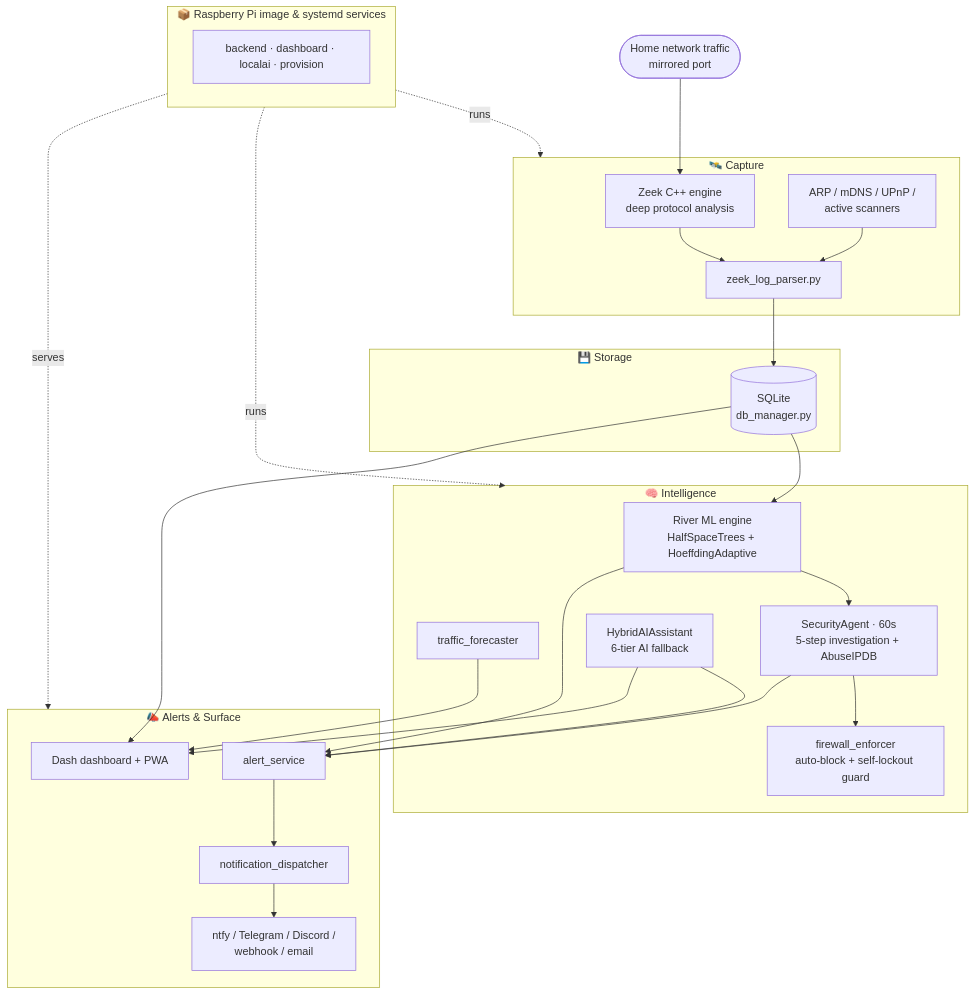
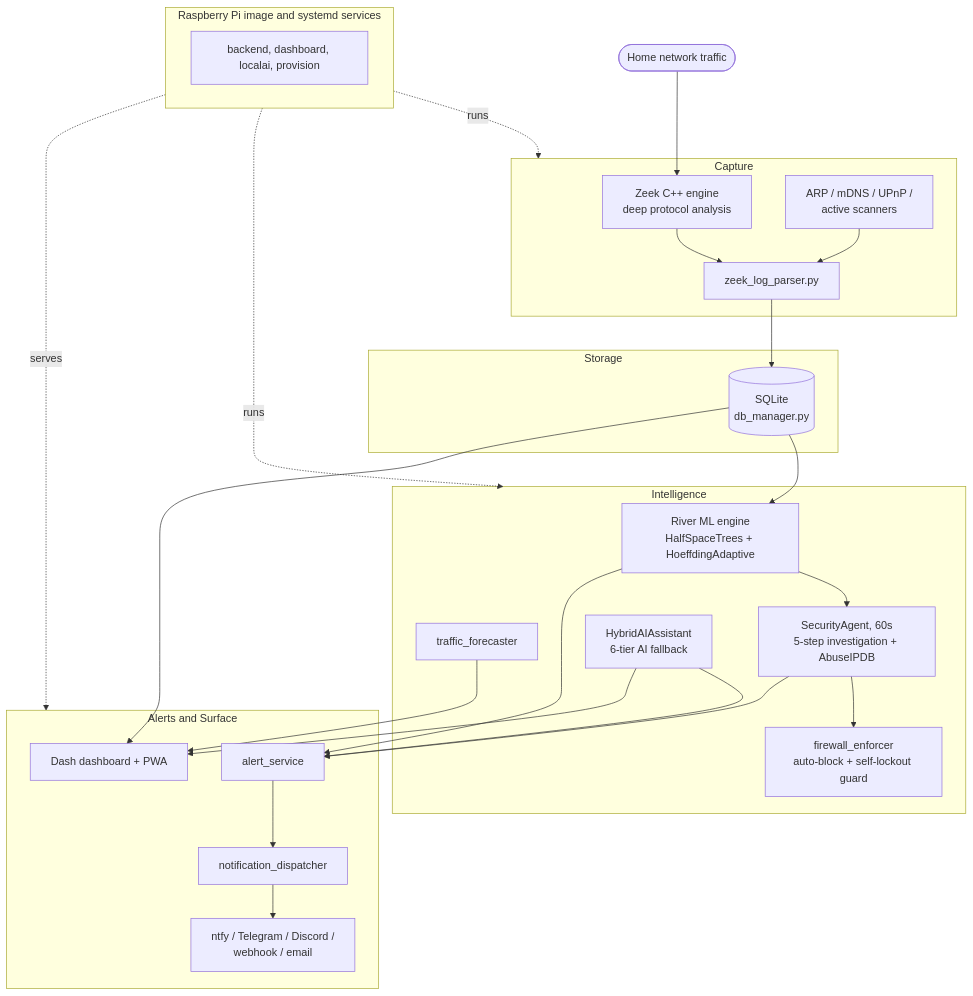
One commit to ritiksah141/iotsentinel changed the second of 3 diagrams in README.md. Above: the diagram before and after it, drawn with Mermaid. The commit also changed other lines of this file and 44 other files, not shown here.

````diff
--- a/README.md
+++ b/README.md
@@ -152,44 +196,44 @@
 ```mermaid
 flowchart TD
-  NET([Home network traffic<br/>mirrored port]) --> Z
+  NET([Home network traffic]) --> Z
 
-  subgraph CAP["🛰️ Capture"]
+  subgraph CAP["Capture"]
     Z["Zeek C++ engine<br/>deep protocol analysis"] --> P["zeek_log_parser.py"]
     DISC["ARP / mDNS / UPnP /<br/>active scanners"] --> P
   end
 
-  subgraph STORE["💾 Storage"]
+  subgraph STORE["Storage"]
     DB[("SQLite<br/>db_manager.py")]
   end
 
-  subgraph INTEL["🧠 Intelligence"]
+  subgraph INTEL["Intelligence"]
     ML["River ML engine<br/>HalfSpaceTrees + HoeffdingAdaptive"]
     FC["traffic_forecaster"]
-    AG["SecurityAgent · 60s<br/>5-step investigation + AbuseIPDB"]
+    AG["SecurityAgent, 60s<br/>5-step investigation + AbuseIPDB"]
     AI["HybridAIAssistant<br/>6-tier AI fallback"]
     FW["firewall_enforcer<br/>auto-block + self-lockout guard"]
   end
 
-  subgraph SURFACE["📣 Alerts & Surface"]
+  subgraph SURFACE["Alerts and Surface"]
     AS["alert_service"] --> ND["notification_dispatcher"]
     ND --> PUSH["ntfy / Telegram / Discord /<br/>webhook / email"]
     DASH["Dash dashboard + PWA"]
   end
 
   P --> DB
   DB --> ML --> AG
   AG --> FW
   AG --> AS
   ML --> AS
   AI --> AS
   AI --> DASH
   DB --> DASH
   FC --> DASH
 
-  subgraph PLAT["📦 Raspberry Pi image & systemd services"]
-    SVC["backend · dashboard · localai · provision"]
+  subgraph PLAT["Raspberry Pi image and systemd services"]
+    SVC["backend, dashboard, localai, provision"]
   end
   PLAT -.runs.-> CAP
   PLAT -.runs.-> INTEL
   PLAT -.serves.-> SURFACE
 ```
````
